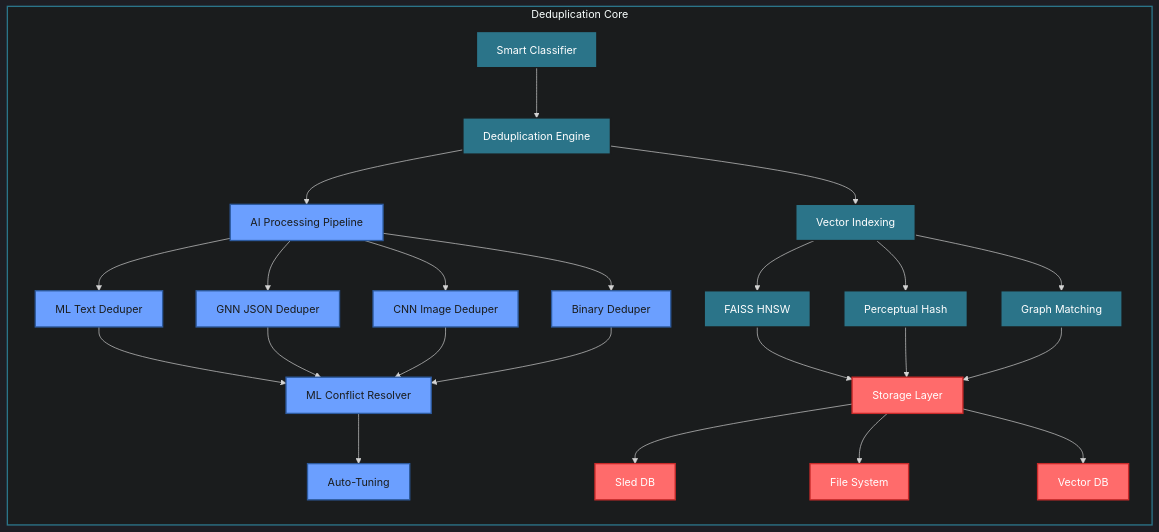
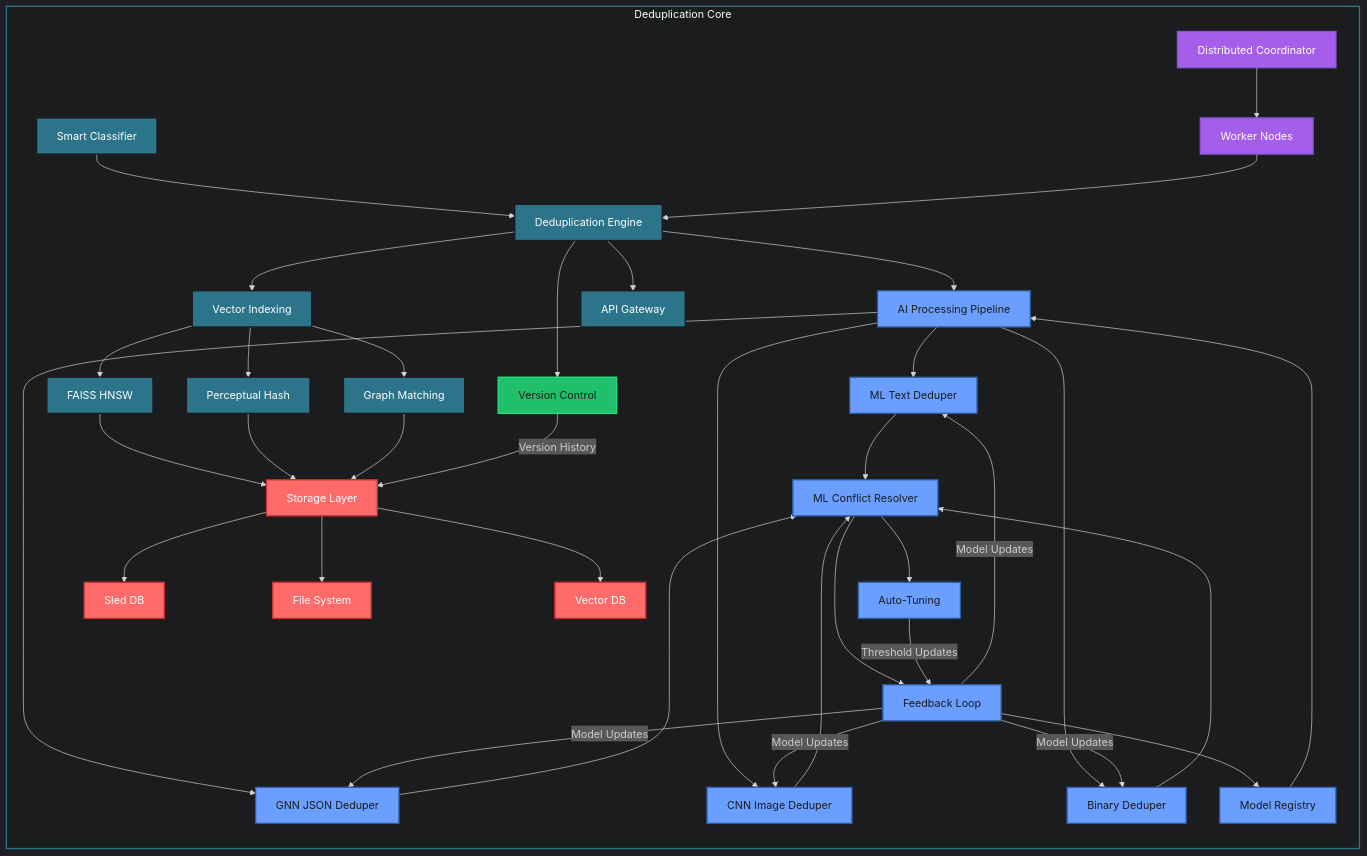
The third of 3 diagrams in ReadMe.md (jermsam/jdeduplix), drawn with Mermaid before and after one commit. The commit also changed other lines of this file, not shown here.

Commit message:
broken down diagram for clarity

````diff
--- a/ReadMe.md
+++ b/ReadMe.md
@@ -84,40 +111,64 @@
 ```mermaid
 %%{init: {'theme': 'dark', 'themeVariables': { 'darkMode': true }}}%%
 flowchart TD
     classDef engine fill:#2b7489,stroke:#1a1c1d,stroke-width:2px,color:white
     classDef ai fill:#6b9fff,stroke:#2d5a9e,stroke-width:2px,color:#1a1c1d
     classDef storage fill:#ff6b6b,stroke:#c92a2a,stroke-width:2px,color:white
+    classDef dist fill:#a55eea,stroke:#8854d0,stroke-width:2px,color:white
+    classDef version fill:#20bf6b,stroke:#26de81,stroke-width:2px,color:#1a1c1d
 
     subgraph Core[Deduplication Core]
         direction TB
         A[Smart Classifier]:::engine
         B[Deduplication Engine]:::engine
         C[AI Processing Pipeline]:::ai
         D1[ML Text Deduper]:::ai
         D2[GNN JSON Deduper]:::ai
         D3[CNN Image Deduper]:::ai
         D4[Binary Deduper]:::ai
         E[ML Conflict Resolver]:::ai
         F[Auto-Tuning]:::ai
         G[Vector Indexing]:::engine
         H1[FAISS HNSW]:::engine
         H2[Perceptual Hash]:::engine
         H3[Graph Matching]:::engine
         I[Storage Layer]:::storage
         J1[Sled DB]:::storage
         J2[File System]:::storage
         J3[Vector DB]:::storage
         
+        %% New Components
+        K[Model Registry]:::ai
+        L[Feedback Loop]:::ai
+        M[Version Control]:::version
+        N[Distributed Coordinator]:::dist
+        O[Worker Nodes]:::dist
+        P[API Gateway]:::engine
+        
         A --> B
         B --> C
         C --> D1 & D2 & D3 & D4
         D1 & D2 & D3 & D4 --> E
         E --> F
         B --> G
         G --> H1 & H2 & H3
         H1 & H2 & H3 --> I
         I --> J1 & J2 & J3
+        
+        %% New Connections
+        E --> L
+        L --> K
+        K --> C
+        B --> M
+        N --> O
+        O --> B
+        B --> P
+        
+        %% Feedback Loops
+        L --> |Model Updates| D1 & D2 & D3 & D4
+        F --> |Threshold Updates| L
+        M --> |Version History| I
     end
 
     style Core fill:#1a1c1d,stroke:#2b7489,stroke-width:2px
 ```
````
